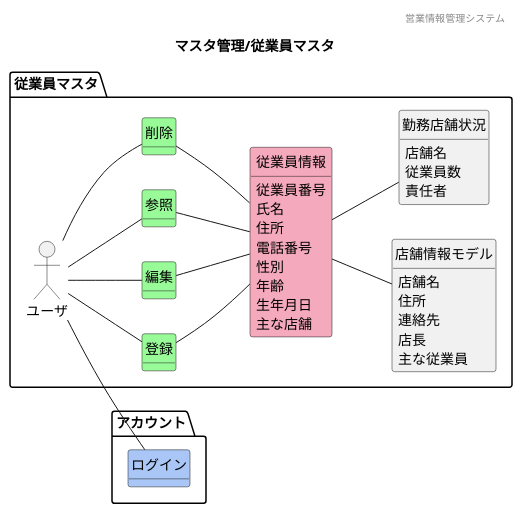
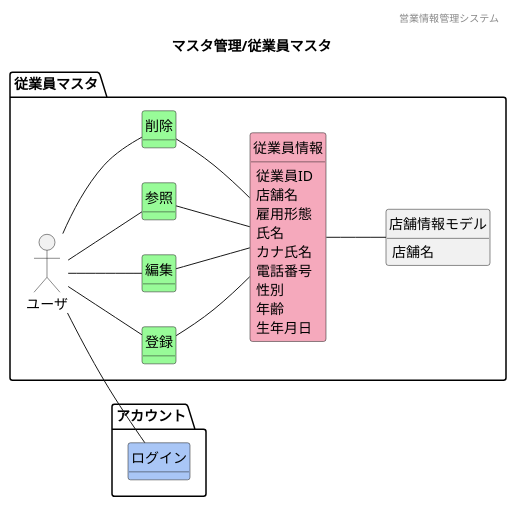
One commit to HaruShim/Sotuken changed the diagram in 各種設計書/1ドメインモデル図/マスタ管理/F01従業員マスタ.plantuml. Above: the diagram before and after it, drawn with PlantUML. The commit also changed 3 other files, not shown here.

```diff
--- a/各種設計書/1ドメインモデル図/マスタ管理/F01従業員マスタ.plantuml
+++ b/各種設計書/1ドメインモデル図/マスタ管理/F01従業員マスタ.plantuml
@@ -1,62 +1,55 @@
 @startuml images/マスタ管理/従業員マスタ
 ' ヘッダー
 header 営業情報管理システム
 ' タイトル
 title マスタ管理/従業員マスタ
 ' 
 hide circle
 ' 
 hide method
 ' hide members
 left to right direction
 
 package "アカウント"{
     class "ログイン" #A9C6F6
 }
 
 package "従業員マスタ"{
     mix_actor "ユーザ"
     class "登録" #98fb98
     class "編集" #98fb98
     class "参照" #98fb98
     class "削除" #98fb98
     class "従業員情報" #F5A9BC
     class "店舗情報モデル"
-    class "勤務店舗状況"
 
     ユーザ -- 参照
     ユーザ -- 登録
     ユーザ -- 編集
     ユーザ -- 削除
     参照 -- 従業員情報
     登録 -- 従業員情報
     編集 -- 従業員情報
     削除 -- 従業員情報
     従業員情報 -- 店舗情報モデル
-    従業員情報 -- 勤務店舗状況
 
-    従業員情報 : 従業員番号
+    従業員情報 : 従業員ID
+    従業員情報 : 店舗名
+    従業員情報 : 雇用形態
     従業員情報 : 氏名
-    従業員情報 : 住所
+    従業員情報 : カナ氏名
     従業員情報 : 電話番号
     従業員情報 : 性別
     従業員情報 : 年齢
     従業員情報 : 生年月日
-    従業員情報 : 主な店舗
-    勤務店舗状況 : 店舗名
-    勤務店舗状況 : 従業員数
-    勤務店舗状況 : 責任者
     店舗情報モデル : 店舗名
-    店舗情報モデル : 住所
-    店舗情報モデル : 連絡先
-    店舗情報モデル : 店長
-    店舗情報モデル : 主な従業員
+
 }
 
 ユーザ -- ログイン
 
 
 
 
 
 @enduml
```
